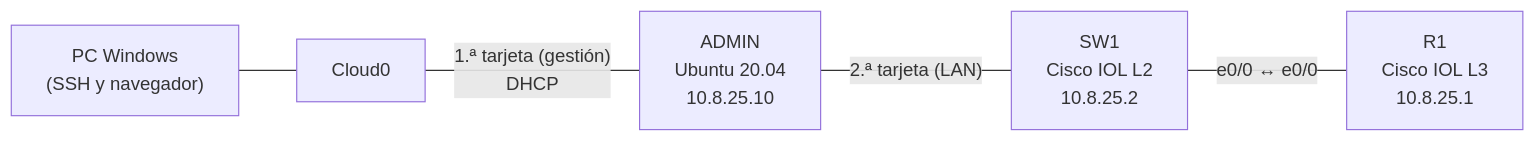
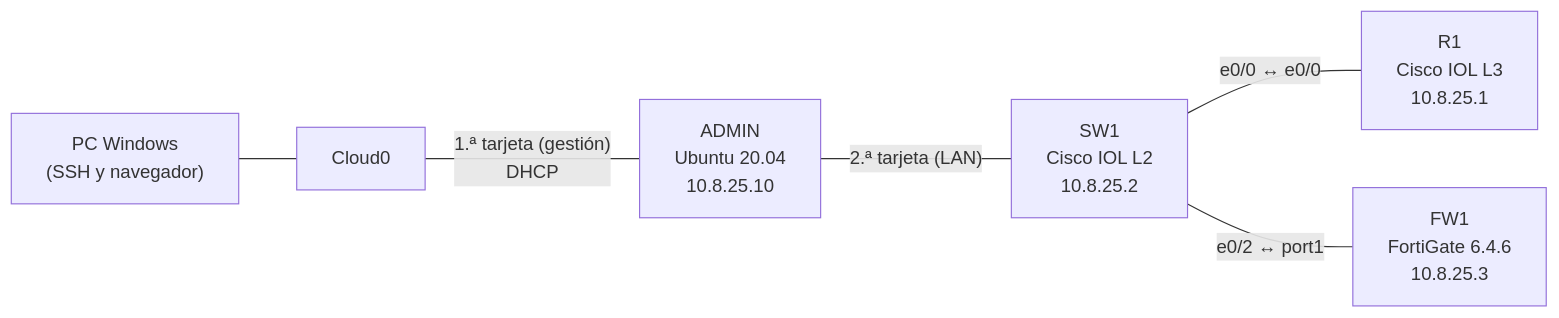
Before and after one commit to aaronderekeithan-droid/A4-Infraestructura-1: the diagram in README.md, drawn with Mermaid. The commit also changed other lines of this file and 17 other files, not shown here.

````diff
--- a/README.md
+++ b/README.md
@@ -28,7 +33,8 @@
 ```mermaid
 graph LR
     PC["PC Windows<br/>(SSH y navegador)"] --- C0["Cloud0"]
     C0 ---|"1.ª tarjeta (gestión)<br/>DHCP"| A["ADMIN<br/>Ubuntu 20.04<br/>10.8.25.10"]
     A ---|"2.ª tarjeta (LAN)"| SW["SW1<br/>Cisco IOL L2<br/>10.8.25.2"]
     SW ---|"e0/0 ↔ e0/0"| R["R1<br/>Cisco IOL L3<br/>10.8.25.1"]
+    SW ---|"e0/2 ↔ port1"| FW["FW1<br/>FortiGate 6.4.6<br/>10.8.25.3"]
 ```
````
